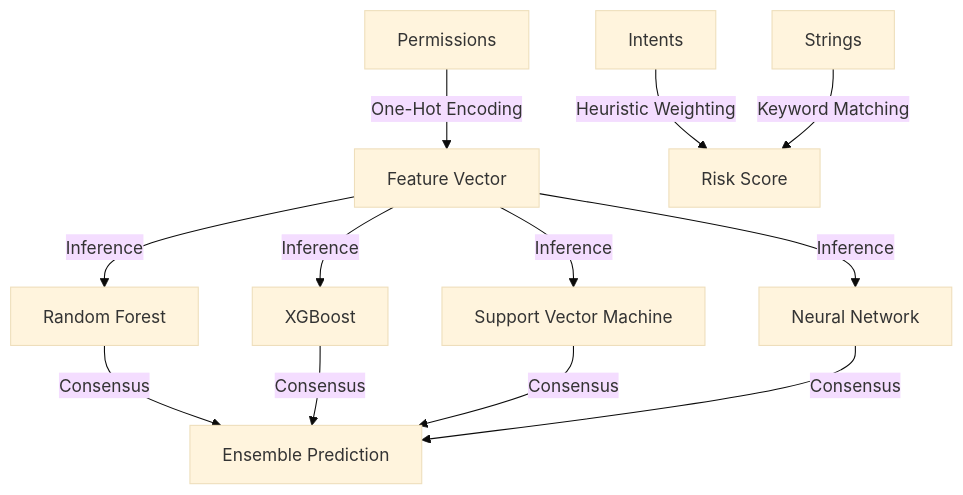
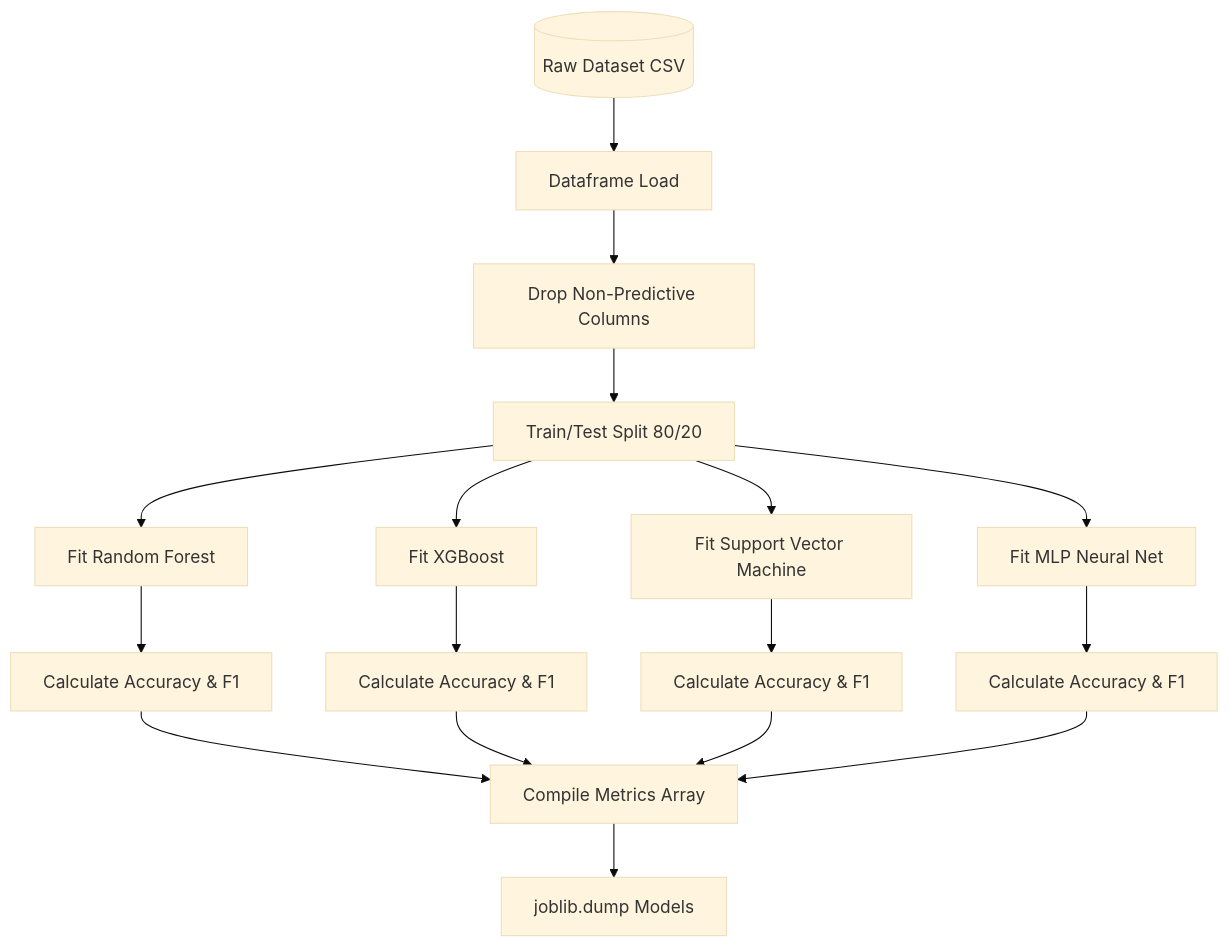
One commit to BlueHeart-Saga/machine-learning changed the ninth of 19 diagrams in README.md. Above: the diagram before and after it, drawn with Mermaid (base theme). The commit also changed other lines of this file, not shown here.

Commit message:
Documentation: Massive Expansion with End-to-End Architectural Workflows and Master Guide

````diff
--- a/README.md
+++ b/README.md
@@ -75,13 +237,19 @@
 ```mermaid
-flowchart TB
-    P[Permissions] -->|One-Hot Encoding| V[Feature Vector]
-    I[Intents] -->|Heuristic Weighting| H[Risk Score]
-    S[Strings] -->|Keyword Matching| H
+flowchart TD
+    RawCSV[(Raw Dataset CSV)] --> Pandas[Dataframe Load]
+    Pandas --> Drop[Drop Non-Predictive Columns]
+    Drop --> Split[Train/Test Split 80/20]
     
-    V -->|Inference| RF[Random Forest]
-    V -->|Inference| XGB[XGBoost]
-    V -->|Inference| SVM[Support Vector Machine]
-    V -->|Inference| NN[Neural Network]
+    Split --> RF[Fit Random Forest]
+    Split --> XGB[Fit XGBoost]
+    Split --> SVM[Fit Support Vector Machine]
+    Split --> NN[Fit MLP Neural Net]
     
-    RF & XGB & SVM & NN -->|Consensus| Final_Pred[Ensemble Prediction]
+    RF --> Eval1[Calculate Accuracy & F1]
+    XGB --> Eval2[Calculate Accuracy & F1]
+    SVM --> Eval3[Calculate Accuracy & F1]
+    NN --> Eval4[Calculate Accuracy & F1]
+    
+    Eval1 & Eval2 & Eval3 & Eval4 --> Metrics[Compile Metrics Array]
+    Metrics --> Serialization[joblib.dump Models]
 ```
````
